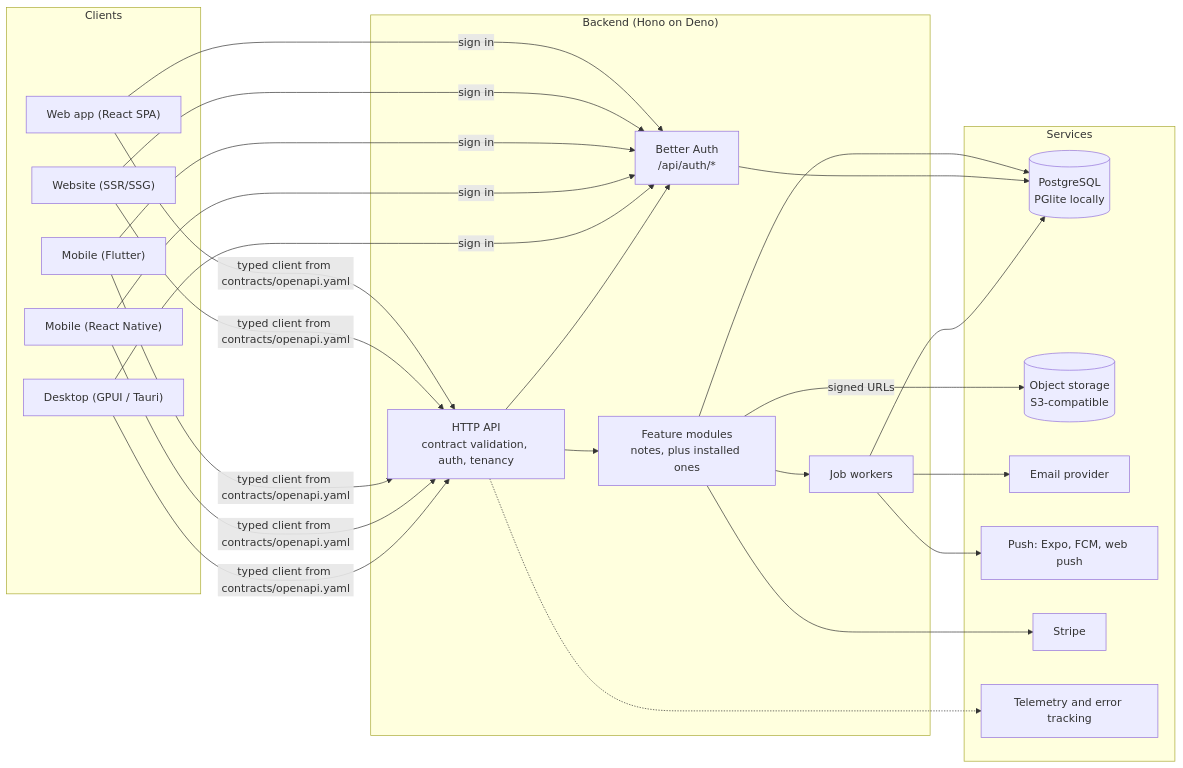
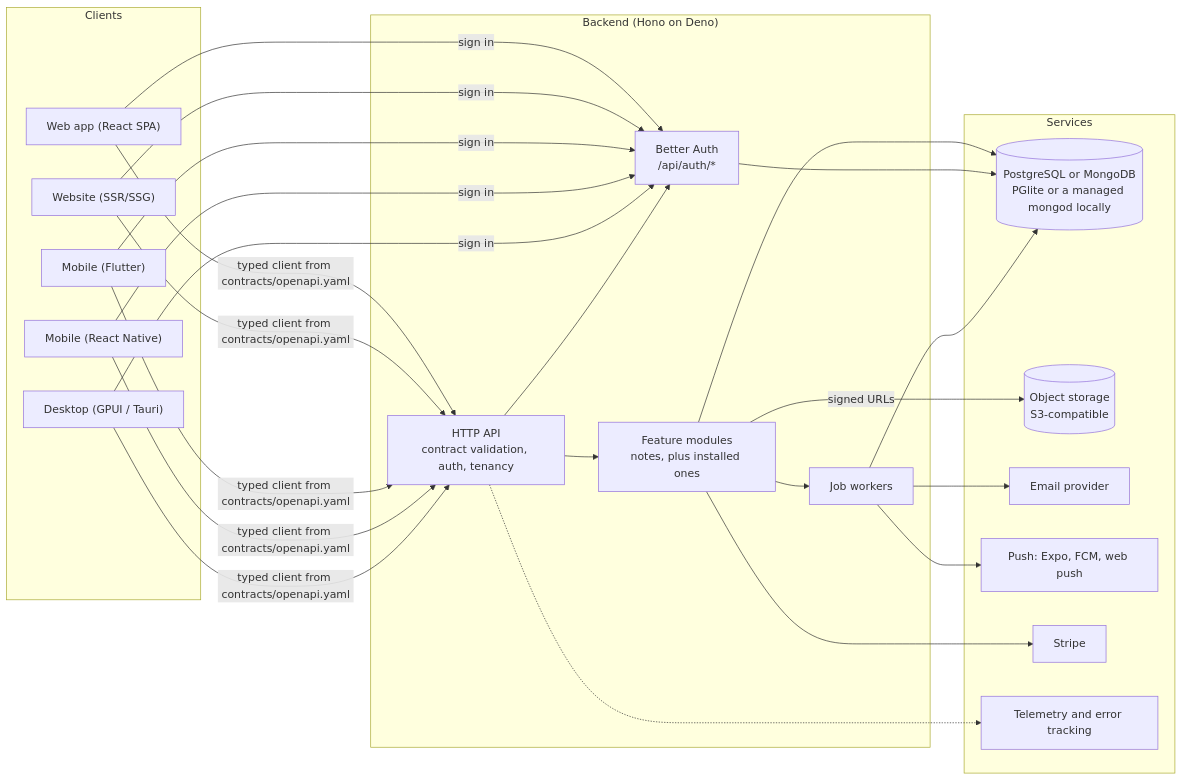
One commit to Hagalaz2001/Daedalus-framework changed the diagram in template/docs/diagrams/architecture.md. Above: the diagram before and after it, drawn with Mermaid. The commit also changed other lines of this file and 555 other files, not shown here.

````diff
--- a/template/docs/diagrams/architecture.md
+++ b/template/docs/diagrams/architecture.md
@@ -3,37 +3,37 @@
 ```mermaid
 flowchart LR
   subgraph Clients
     W1["Web app (React SPA)"]
     W2["Website (SSR/SSG)"]
     M1["Mobile (Flutter)"]
     M2["Mobile (React Native)"]
     D1["Desktop (GPUI / Tauri)"]
   end
   subgraph Backend["Backend (Hono on Deno)"]
     API["HTTP API<br/>contract validation, auth, tenancy"]
     MOD["Feature modules<br/>notes, plus installed ones"]
     AUTH["Better Auth<br/>/api/auth/*"]
     WORK["Job workers"]
   end
   subgraph Services
-    DB[("PostgreSQL<br/>PGlite locally")]
+    DB[("PostgreSQL or MongoDB<br/>PGlite or a managed mongod locally")]
     S3[("Object storage<br/>S3-compatible")]
     MAIL["Email provider"]
     PUSH["Push: Expo, FCM, web push"]
     PAY["Stripe"]
     OBS["Telemetry and error tracking"]
   end
   W1 & W2 & M1 & M2 & D1 -->|"typed client from contracts/openapi.yaml"| API
   W1 & W2 & M1 & M2 & D1 -->|"sign in"| AUTH
   API --> MOD
   API --> AUTH
   MOD --> DB
   AUTH --> DB
   WORK --> DB
   MOD -->|"signed URLs"| S3
   MOD --> WORK
   WORK --> MAIL
   WORK --> PUSH
   MOD --> PAY
   API -.-> OBS
 ```
````
